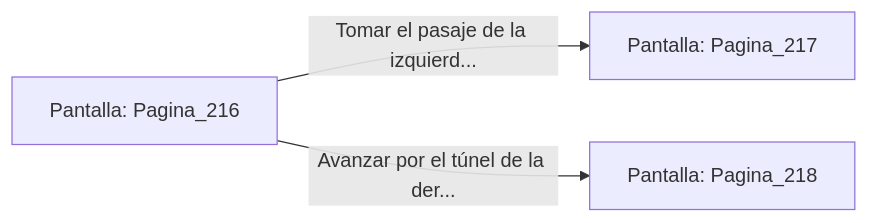
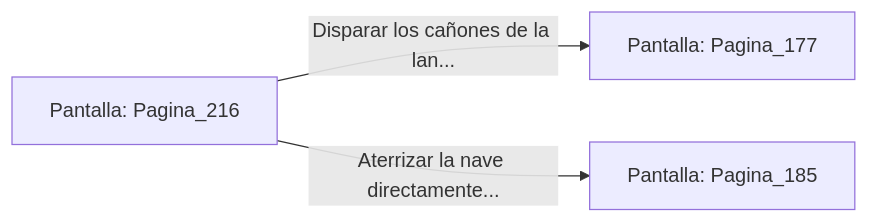
The diagram in sample/eligejuego-vault/Pantalla_Pagina_216.md (metsuke/mpl), drawn with Mermaid before and after one commit. The commit also changed other lines of this file and 635 other files, not shown here.

First line of the commit message:
fix: añadir Pagina_1 como pantalla inicial en capitulo_01.mpl

````diff
--- a/sample/eligejuego-vault/Pantalla_Pagina_216.md
+++ b/sample/eligejuego-vault/Pantalla_Pagina_216.md
@@ -20,6 +22,6 @@
 ```mermaid
 graph LR
     P_Pagina_216["Pantalla: Pagina_216"]
-    P_Pagina_216 -->|"Tomar el pasaje de la izquierd..."| P_Pagina_217["Pantalla: Pagina_217"]
-    P_Pagina_216 -->|"Avanzar por el túnel de la der..."| P_Pagina_218["Pantalla: Pagina_218"]
+    P_Pagina_216 -->|"Disparar los cañones de la lan..."| P_Pagina_177["Pantalla: Pagina_177"]
+    P_Pagina_216 -->|"Aterrizar la nave directamente..."| P_Pagina_185["Pantalla: Pagina_185"]
 ```
````
